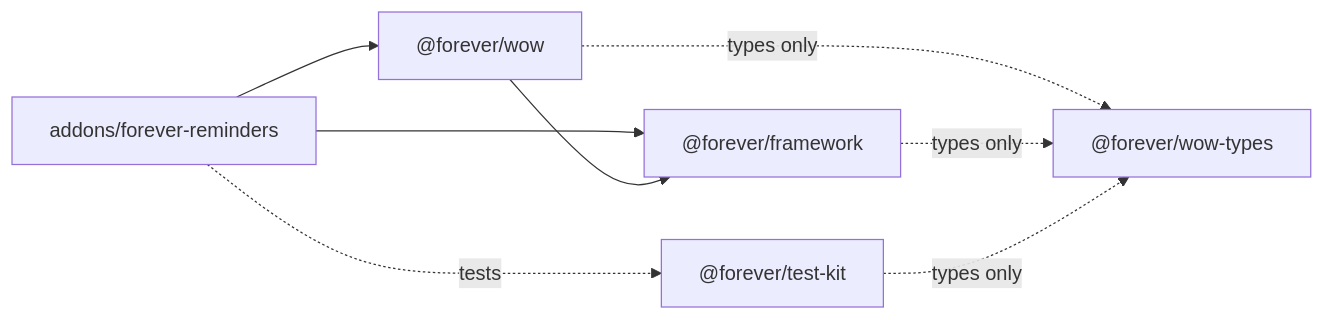
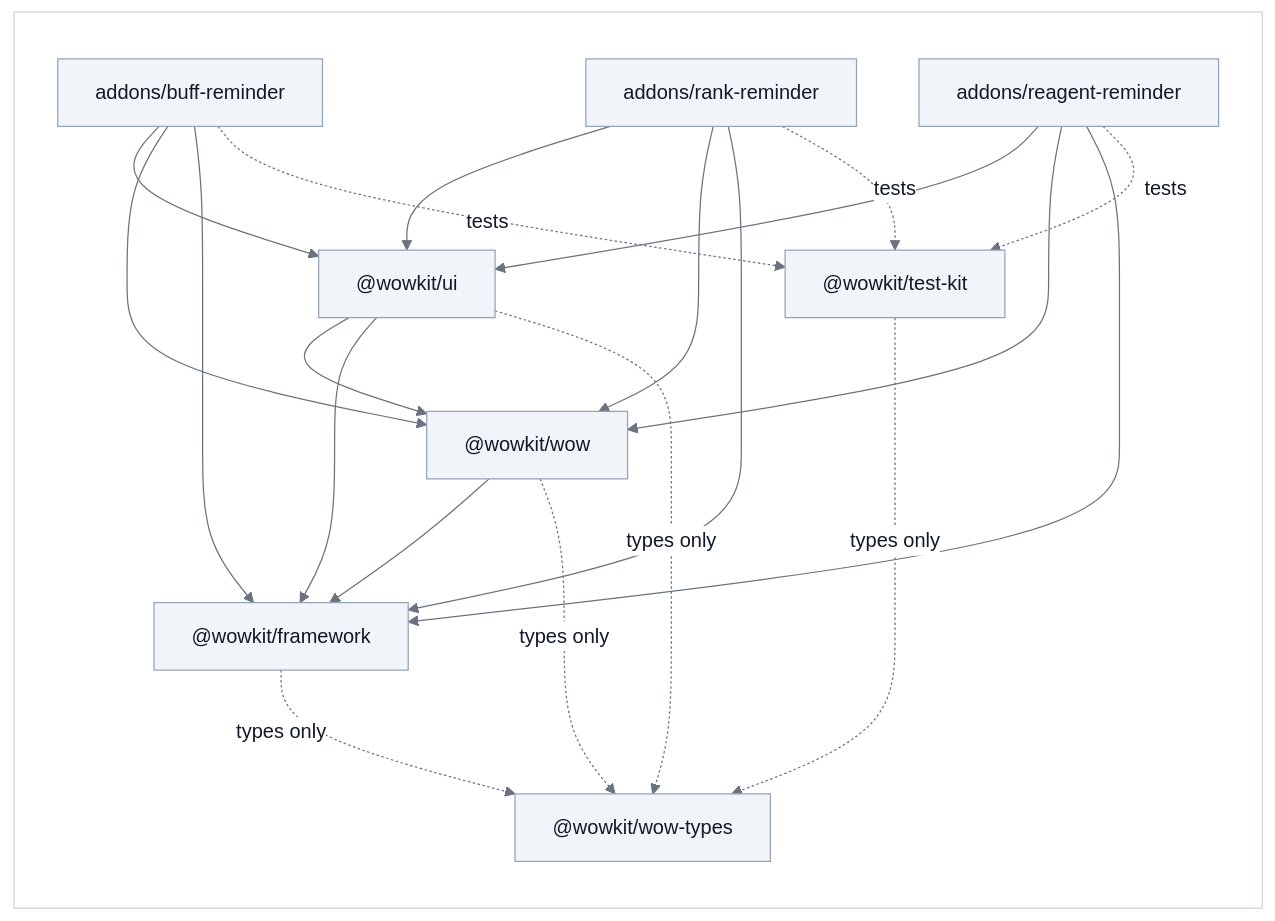
One commit to vattiss/wowkit changed the diagram in docs/packages.md. Above: the diagram before and after it, drawn with Mermaid. The commit also changed other lines of this file and 236 other files, not shown here.

First line of the commit message:
refactor!: split into three addons on shared packages, and rename to wowkit

````diff
--- a/docs/packages.md
+++ b/docs/packages.md
@@ -20,10 +27,28 @@
 ```mermaid
+%%{init: {"theme":"base","themeVariables":{"background":"#ffffff","lineColor":"#6b7280","textColor":"#111827","primaryColor":"#f1f5f9","primaryTextColor":"#111827","primaryBorderColor":"#94a3b8","secondaryColor":"#e2e8f0","tertiaryColor":"#ffffff","mainBkg":"#f1f5f9","nodeBorder":"#94a3b8","nodeTextColor":"#111827","titleColor":"#111827","edgeLabelBackground":"#ffffff","labelBackground":"#ffffff","labelTextColor":"#111827","clusterBkg":"#ffffff","clusterBorder":"#d1d5db","classText":"#111827"}}}%%
 flowchart LR
-    addon["addons/forever-reminders"] --> wow["@forever/wow"]
-    addon --> framework["@forever/framework"]
-    addon -. "tests" .-> testkit["@forever/test-kit"]
-    wow --> framework
-    wow -. "types only" .-> types["@forever/wow-types"]
-    framework -. "types only" .-> types
-    testkit -. "types only" .-> types
+    classDef default fill:#f1f5f9,stroke:#94a3b8,color:#111827
+    subgraph PANEL[" "]
+        buff["addons/buff-reminder"] --> ui["@wowkit/ui"]
+        rank["addons/rank-reminder"] --> ui
+        reagent["addons/reagent-reminder"] --> ui
+        buff --> wow["@wowkit/wow"]
+        rank --> wow
+        reagent --> wow
+        buff --> framework["@wowkit/framework"]
+        rank --> framework
+        reagent --> framework
+        ui --> wow
+        ui --> framework
+        wow --> framework
+        buff -. "tests" .-> testkit["@wowkit/test-kit"]
+        rank -. "tests" .-> testkit
+        reagent -. "tests" .-> testkit
+        wow -. "types only" .-> types["@wowkit/wow-types"]
+        ui -. "types only" .-> types
+        framework -. "types only" .-> types
+        testkit -. "types only" .-> types
+    end
+    classDef panel fill:#ffffff,stroke:#d1d5db,color:#111827
+    class PANEL panel
 ```
````
